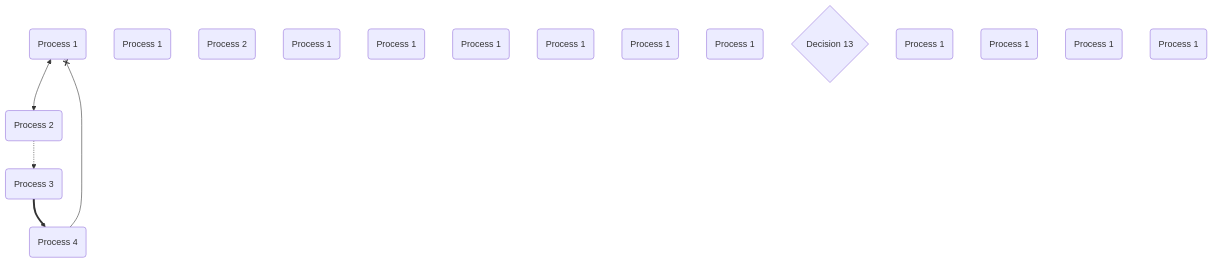
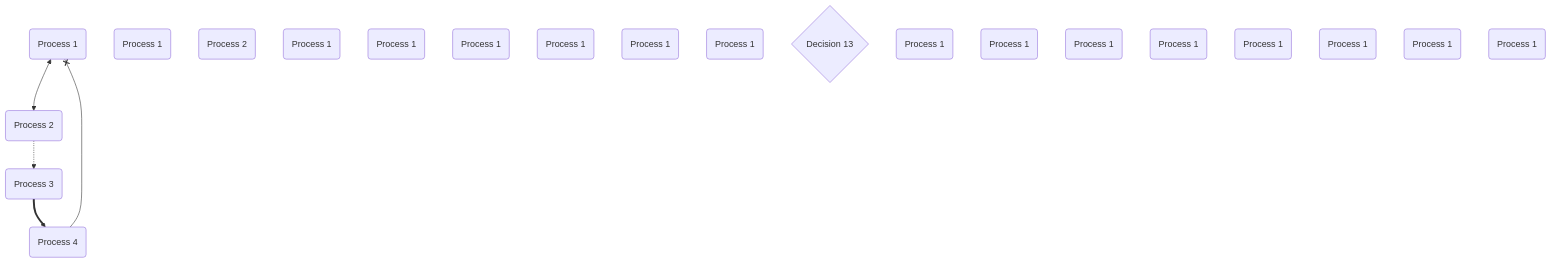
Before and after one commit to pingpm/mermaid_vault: the diagram in mmd/123_04d97162-0453-404a-a3b5-2b88ef3dc39f.mmd, drawn with Mermaid. The commit also changed 6 other files, not shown here.

Commit message:
Sync Mermaid Studio data (27 diagrams)

```diff
--- a/mmd/123_04d97162-0453-404a-a3b5-2b88ef3dc39f.mmd
+++ b/mmd/123_04d97162-0453-404a-a3b5-2b88ef3dc39f.mmd
@@ -1,22 +1,26 @@
 flowchart TD
   n_0("Process 1")
   n_1("Process 2")
   n_2("Process 3")
   n_3("Process 4")
   n_4("Process 1")
   n_5("Process 2")
   n_6("Process 1")
   n_7("Process 1")
   n_8("Process 1")
   n_9("Process 1")
   n_10("Process 1")
   n_11("Process 1")
   n_12{"Decision 13"}
   n_13("Process 1")
   n_14("Process 1")
   n_15("Process 1")
   n_16("Process 1")
+  n_17("Process 1")
+  n_18("Process 1")
+  n_19("Process 1")
+  n_20("Process 1")
   n_0 <--> n_1
   n_1 -.-> n_2
   n_2 ==> n_3
   n_3 --x n_0
```
